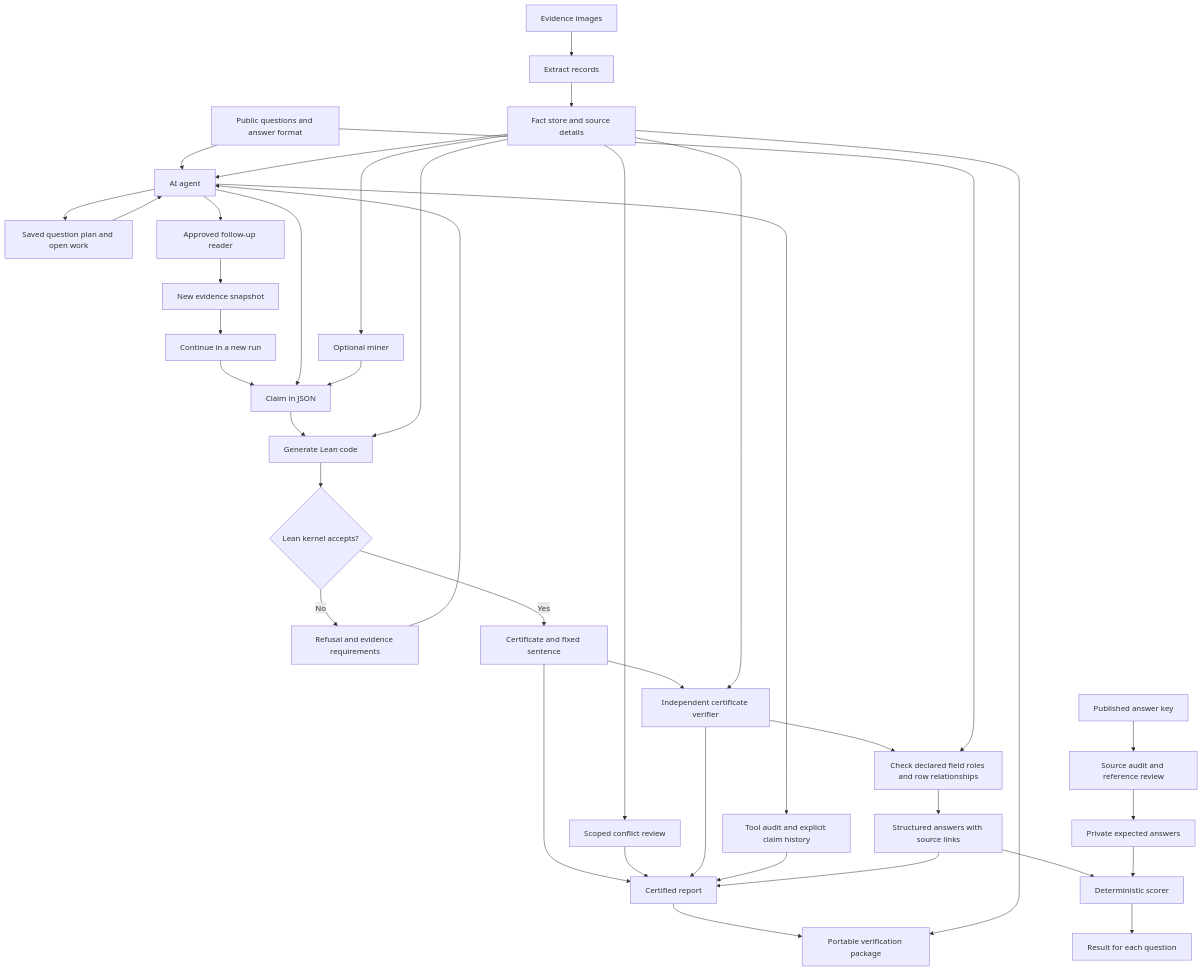
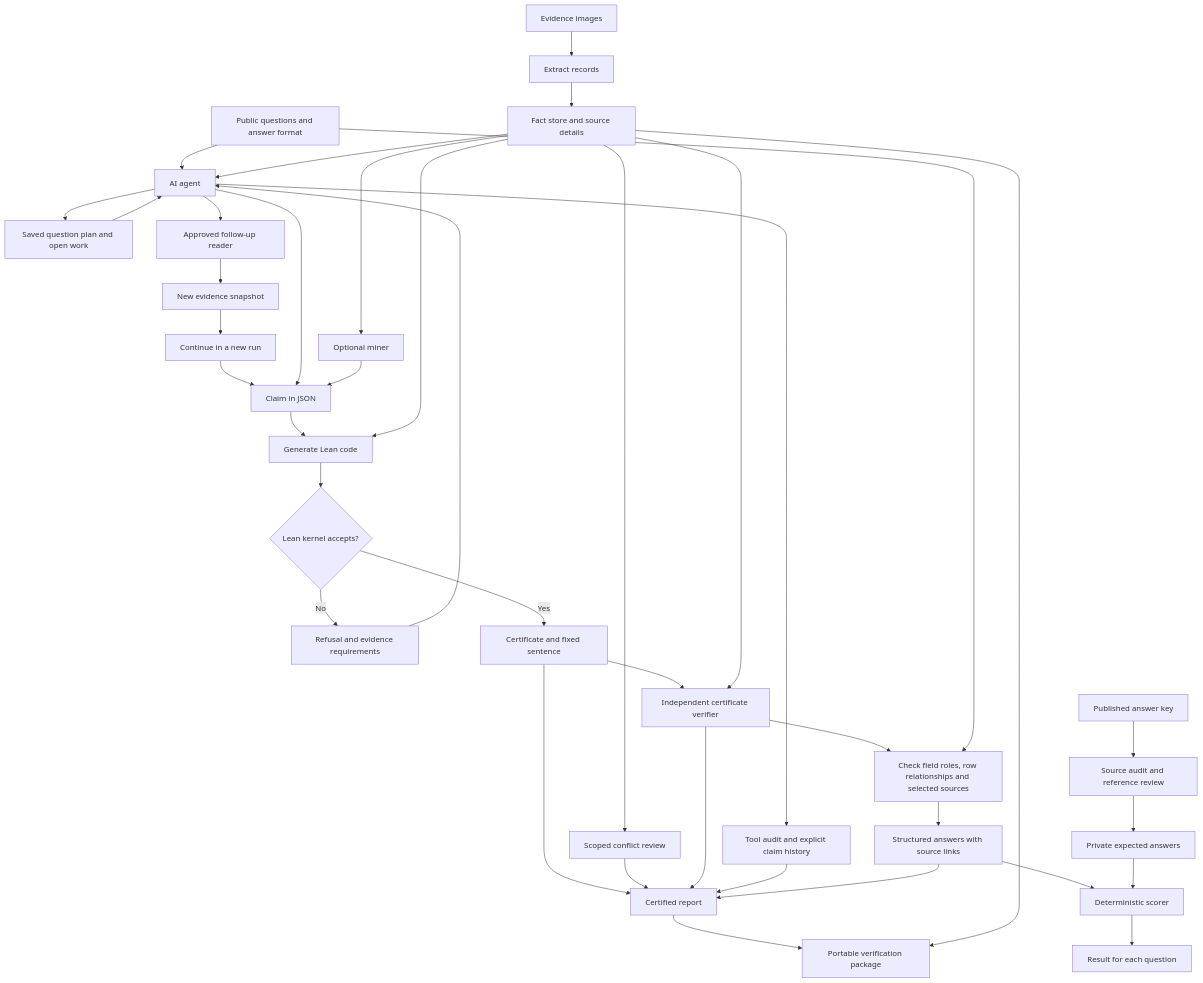
One commit to pauljiang03/chain-of-proof changed the diagram in README.md. Above: the diagram before and after it, drawn with Mermaid. The commit also changed other lines of this file and 4 other files, not shown here.

````diff
--- a/README.md
+++ b/README.md
@@ -143,41 +145,41 @@
 ```mermaid
 flowchart TD
     I[Evidence images] --> E[Extract records]
     E --> F[Fact store and source details]
     Q[Public questions and answer format] --> S[AI agent]
     S --> W[Saved question plan and open work]
     W --> S
     S --> N[Approved follow-up reader]
     N --> F2[New evidence snapshot]
     F2 --> S2[Continue in a new run]
     S2 --> C
     F --> S
     F --> M[Optional miner]
     S --> C[Claim in JSON]
     M --> C
     C --> G[Generate Lean code]
     F --> G
     G --> K{Lean kernel accepts?}
     K -->|No| X[Refusal and evidence requirements]
     X --> S
     K -->|Yes| B[Certificate and fixed sentence]
     B --> R
     F --> CR[Scoped conflict review]
     CR --> R
     B --> V[Independent certificate verifier]
     F --> V
     V --> R[Certified report]
     S --> L[Tool audit and explicit claim history]
     L --> R
     R --> Z[Portable verification package]
     F --> Z
-    V --> A[Check declared field roles and row relationships]
+    V --> A[Check field roles, row relationships and selected sources]
     Q --> A
     A --> J[Structured answers with source links]
     J --> R
     J --> T[Deterministic scorer]
     P[Published answer key] --> U[Source audit and reference review]
     U --> H[Private expected answers]
     H --> T
     T --> O[Result for each question]
 ```
````
